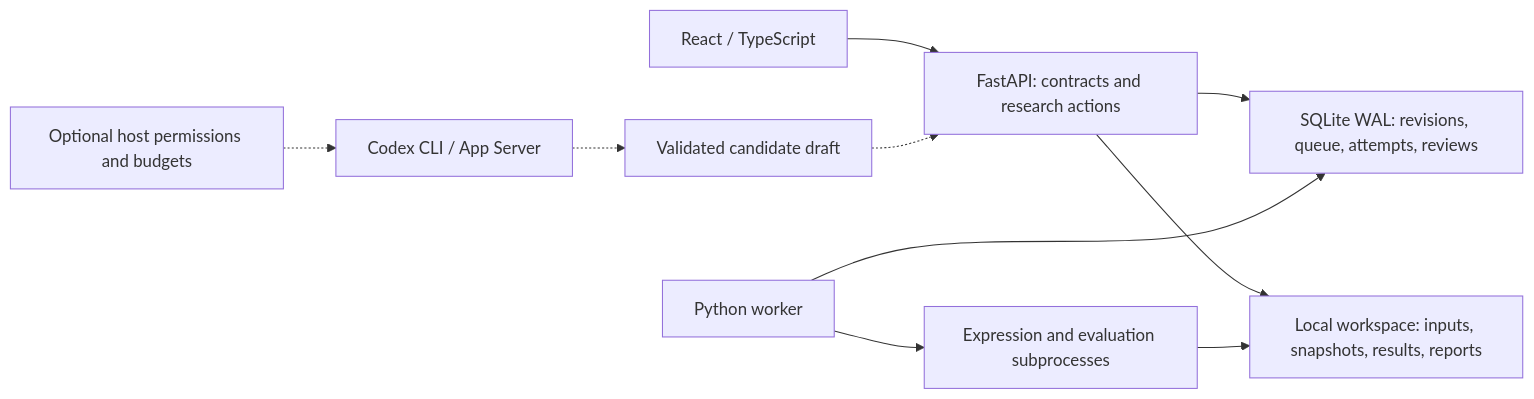
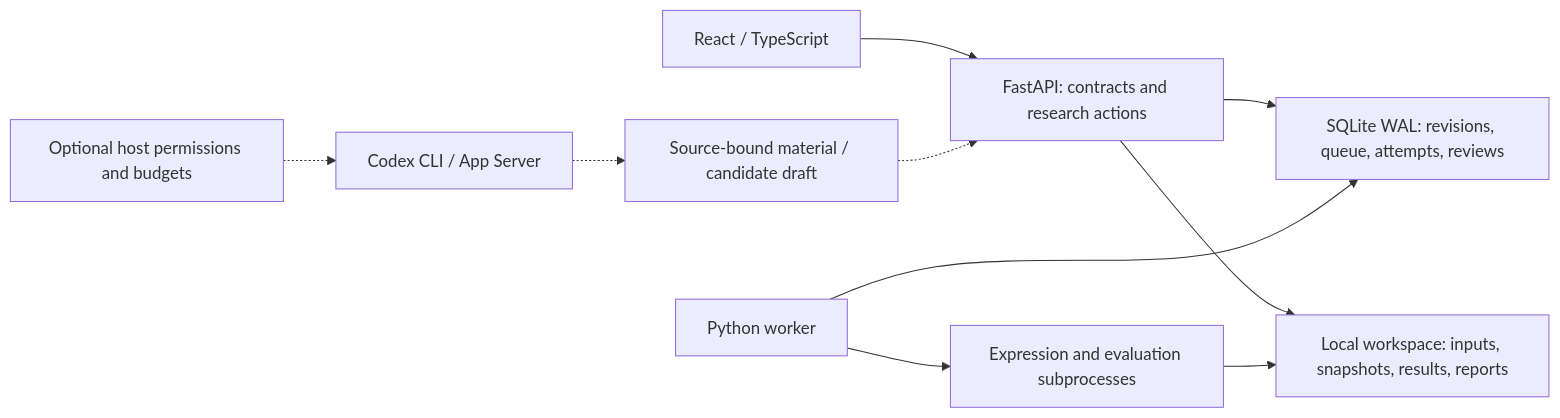
The diagram in README.md (Owenqi666/quant-ai-agent), drawn with Mermaid before and after one commit. The commit also changed other lines of this file and 87 other files, not shown here.

````diff
--- a/README.md
+++ b/README.md
@@ -32,12 +42,12 @@
 ```mermaid
 flowchart LR
     UI["React / TypeScript"] --> API["FastAPI: contracts and research actions"]
     API --> DB["SQLite WAL: revisions, queue, attempts, reviews"]
     API --> Files["Local workspace: inputs, snapshots, results, reports"]
     Worker["Python worker"] --> DB
     Worker --> Tools["Expression and evaluation subprocesses"]
     Tools --> Files
     Host["Optional host permissions and budgets"] -.-> Model["Codex CLI / App Server"]
-    Model -.-> Draft["Validated candidate draft"]
+    Model -.-> Draft["Source-bound material / candidate draft"]
     Draft -.-> API
 ```
````
